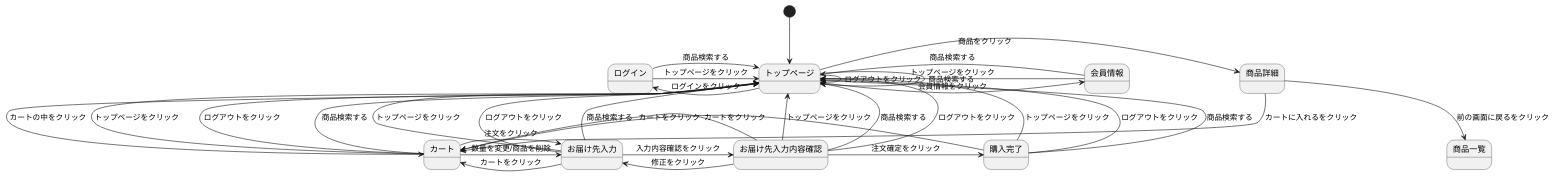
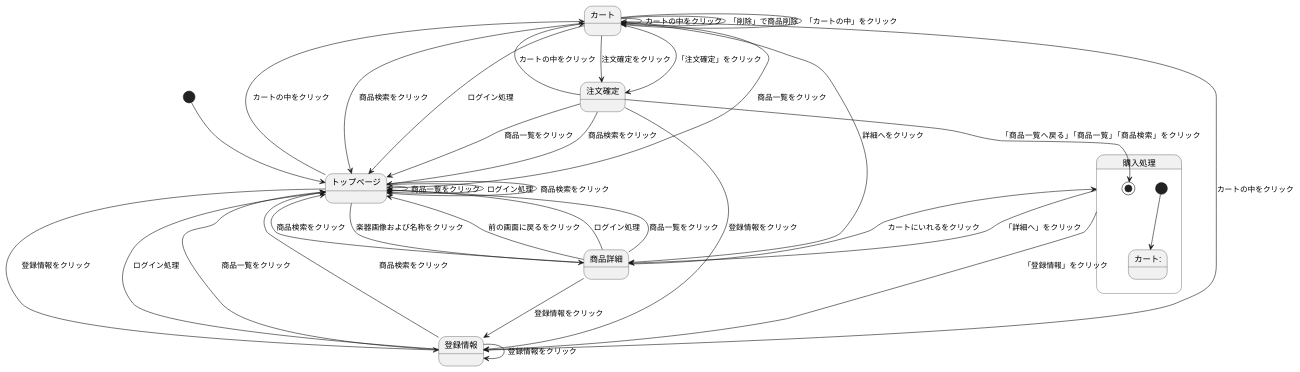
One commit to Aso2001374/2021sys-design changed the third of 3 diagrams in stm01.md. Above: the diagram before and after it, drawn with PlantUML.

````diff
--- a/stm01.md
+++ b/stm01.md
@@ -55,39 +55,51 @@
 ```uml
 @startuml
+[*] --> トップページ
 
-[*] --> トップページ
-トップページ -> トップページ : ログアウトをクリック
-トップページ -> トップページ : 商品検索する
-トップページ -> 会員情報 : 会員情報をクリック
-トップページ -> 商品詳細 : 商品をクリック
-商品詳細 --> カート : カートに入れるをクリック
-商品詳細 --> 商品一覧 : 前の画面に戻るをクリック
-会員情報 -> トップページ : トップページをクリック
-会員情報 -> トップページ : 商品検索する
-トップページ -left-> ログイン : ログインをクリック
-ログイン -> トップページ : トップページをクリック
-ログイン -> トップページ : 商品検索する
-トップページ --> カート : カートの中をクリック
-カート -> トップページ : トップページをクリック
-カート -> お届け先入力 : 数量を変更/商品を削除
-カート -> お届け先入力 : 注文をクリック
-カート -> トップページ : ログアウトをクリック
-カート -> トップページ : 商品検索する
-お届け先入力 -> トップページ : トップページをクリック
-お届け先入力 -> カート : カートをクリック
-お届け先入力 -> お届け先入力内容確認 : 入力内容確認をクリック
-お届け先入力 -> トップページ : ログアウトをクリック
-お届け先入力 -> トップページ : 商品検索する
-お届け先入力内容確認 -> トップページ : トップページをクリック
-お届け先入力内容確認 -> カート : カートをクリック
-お届け先入力内容確認 -> お届け先入力 : 修正をクリック
-お届け先入力内容確認 -> 購入完了 : 注文確定をクリック
-お届け先入力内容確認 --> トップページ : ログアウトをクリック
-お届け先入力内容確認 -> トップページ : 商品検索する
-購入完了 -> トップページ : トップページをクリック
-購入完了 -> カート : カートをクリック
-購入完了 -> トップページ : ログアウトをクリック
-購入完了 -> トップページ : 商品検索する
+トップページ--> トップページ : 商品一覧をクリック
+トップページ--> トップページ : ログイン処理
+トップページ--> トップページ : 商品検索をクリック
+トップページ-left-> カート : カートの中をクリック
+トップページ--> 登録情報 : 登録情報をクリック
+トップページ--> 商品詳細 : 楽器画像および名称をクリック
+
+
+商品詳細--> トップページ : 前の画面に戻るをクリック
+商品詳細--> トップページ : ログイン処理
+商品詳細--> トップページ : 商品一覧をクリック
+商品詳細--> トップページ : 商品検索をクリック
+商品詳細--> 登録情報 : 登録情報をクリック
+
+カート --> 商品詳細 : 詳細へをクリック
+カート --> トップページ : ログイン処理
+カート --> トップページ : 商品一覧をクリック
+カート --> トップページ : 商品検索をクリック
+カート --> カート : カートの中をクリック
+カート-->注文確定 : 注文確定をクリック
+
+登録情報 --> トップページ : ログイン処理
+登録情報 --> トップページ : 商品一覧をクリック
+登録情報 --> トップページ : 商品検索をクリック
+登録情報 --> カート : カートの中をクリック
+登録情報 --> 登録情報 : 登録情報をクリック
+
+注文確定 --> トップページ : 商品一覧をクリック
+注文確定 --> トップページ : 商品検索をクリック
+注文確定 --> カート : カートの中をクリック
+注文確定 --> 登録情報 : 登録情報をクリック
+
+商品詳細--> 購入処理 : カートにいれるをクリック
+
+state 購入処理{
+[*] --> カート:
+カート--> 注文確定: 「注文確定」をクリック
+カート--> カート: 「削除」で商品削除
+カート--> カート: 「カートの中」をクリック
+注文確定--> [*]: 「商品一覧へ戻る」「商品一覧」「商品検索」をクリック
+}
+購入処理--> 商品詳細 : 「詳細へ」をクリック
+購入処理--> 登録情報 : 「登録情報」をクリック
+
 
 @enduml
 ```
````
